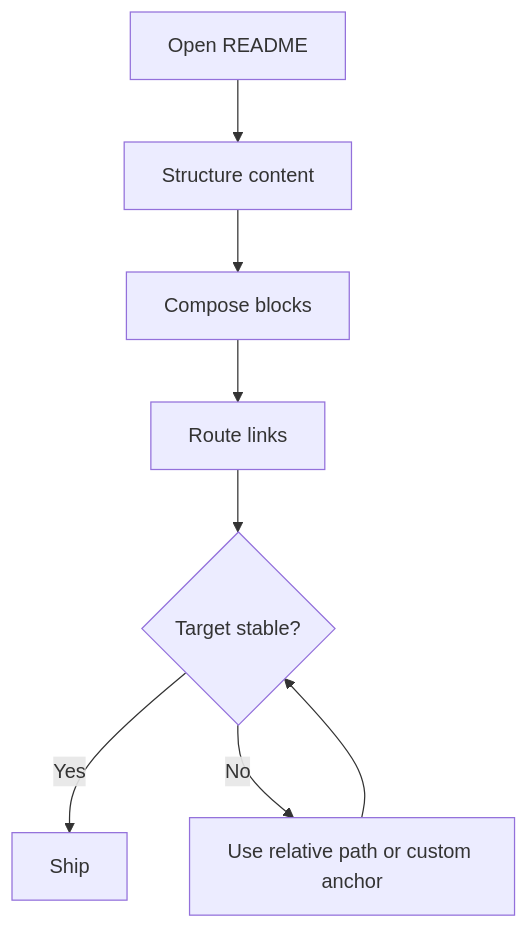
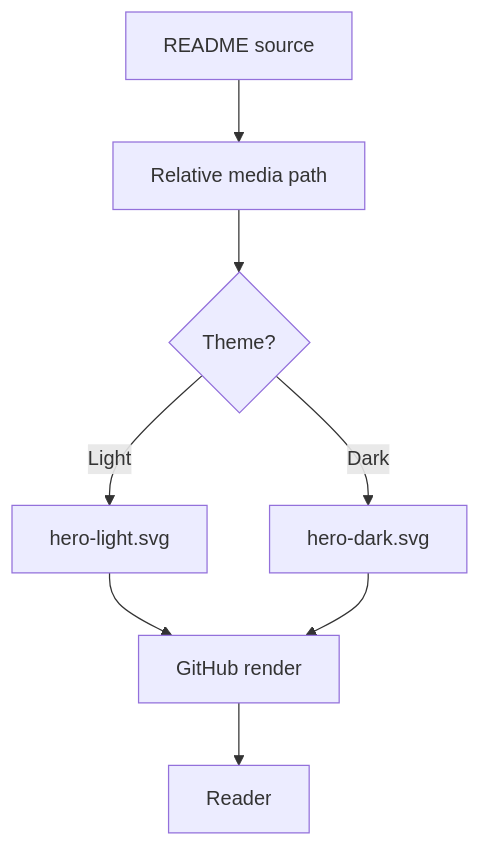
The second of 3 diagrams in README.md (thiepn/markdown), drawn with Mermaid before and after one commit. The commit also changed other lines of this file and 11 other files, not shown here.

````diff
--- a/README.md
+++ b/README.md
@@ -685,10 +599,10 @@
 ```mermaid
 flowchart TD
-    A[Open README] --> B[Structure content]
-    B --> C[Compose blocks]
-    C --> D[Route links]
-    D --> E{Target stable?}
-    E -- Yes --> F[Ship]
-    E -- No --> G[Use relative path or custom anchor]
-    G --> E
+    A[README source] --> B[Relative media path]
+    B --> C{Theme?}
+    C -- Light --> D[hero-light.svg]
+    C -- Dark --> E[hero-dark.svg]
+    D --> F[GitHub render]
+    E --> F
+    F --> G[Reader]
 ```
````
